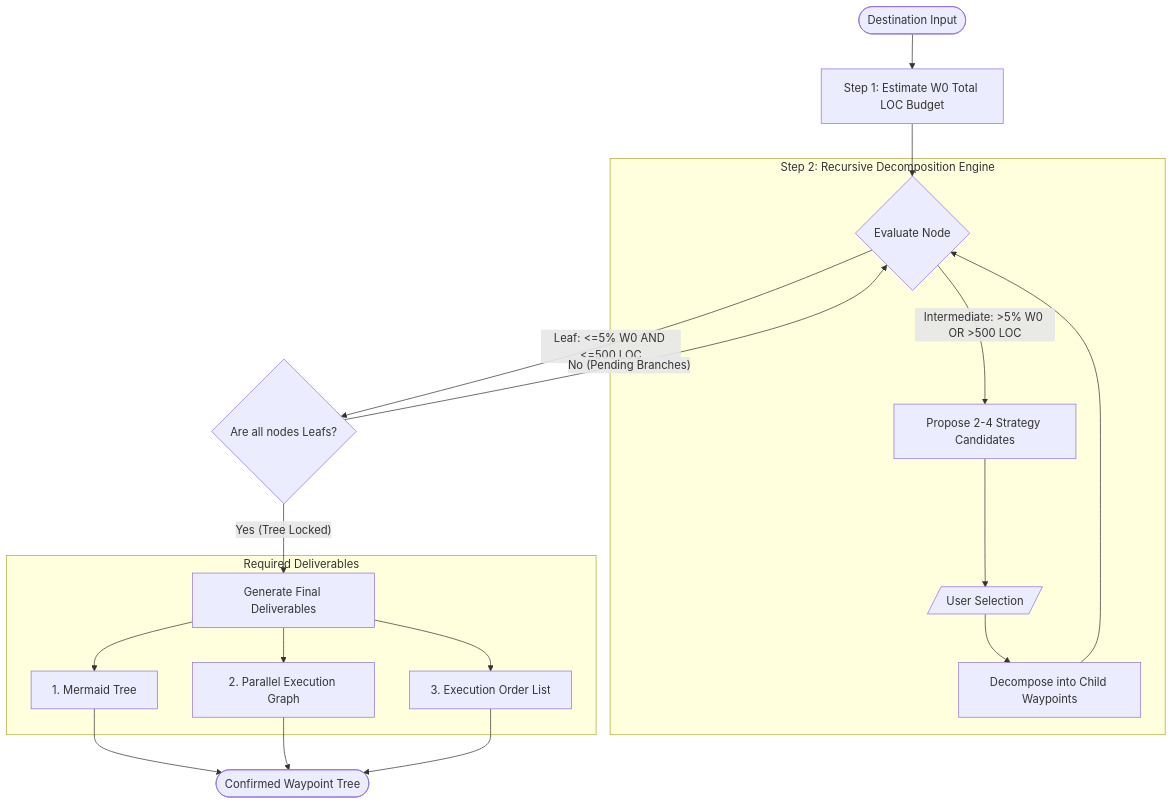
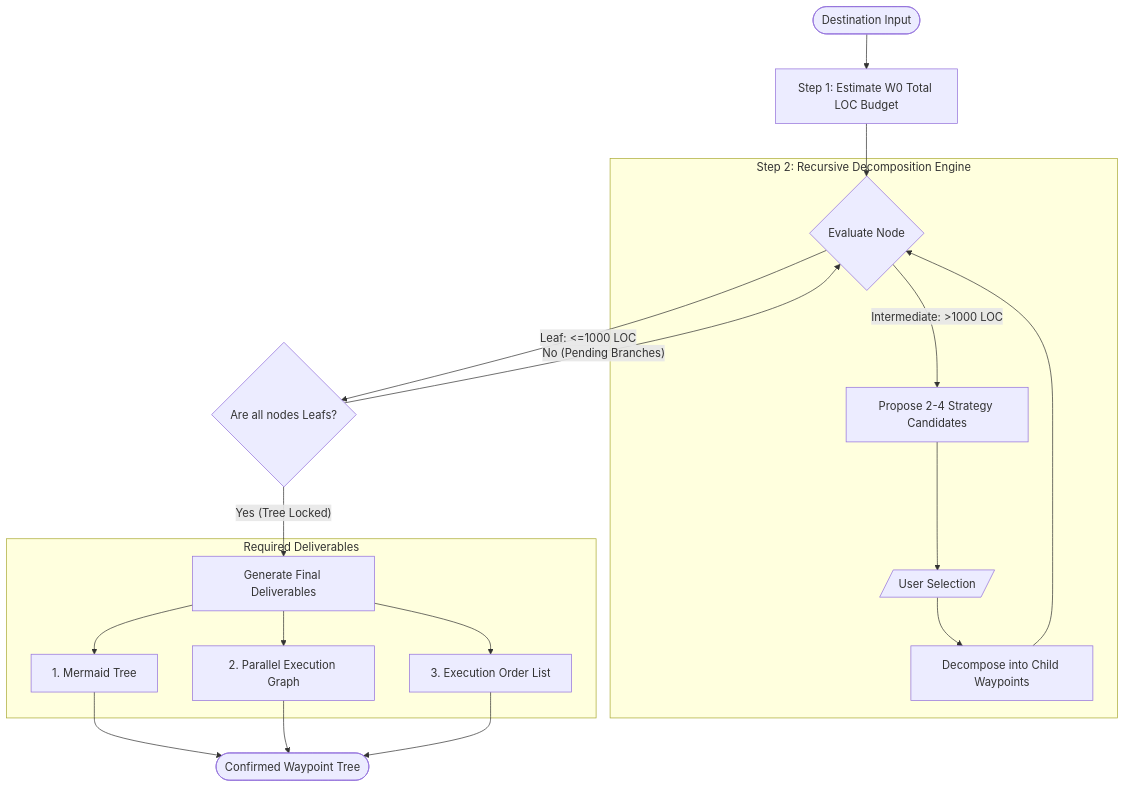
One commit to sjquant/ghosts changed the first of 3 diagrams in core/skills/wdd/SKILL.md. Above: the diagram before and after it, drawn with Mermaid. The commit also changed other lines of this file and 4 other files, not shown here.

````diff
--- a/core/skills/wdd/SKILL.md
+++ b/core/skills/wdd/SKILL.md
@@ -35,24 +34,24 @@
 ```mermaid
 graph TD
   %% Phase 1: W0 Budgeting
   INPUT([Destination Input]) --> W0_EST[Step 1: Estimate W0 Total LOC Budget]
   W0_EST --> EVAL_NODE{Evaluate Node}
   %% Phase 2: Recursive Engine (The Core Loop)
   subgraph Step_2 [Step 2: Recursive Decomposition Engine]
-    EVAL_NODE -- "Intermediate: >5% W0 OR >500 LOC" --> PROPOSE[Propose 2-4 Strategy Candidates]
+    EVAL_NODE -- "Intermediate: >1000 LOC" --> PROPOSE[Propose 2-4 Strategy Candidates]
     PROPOSE --> USER_INPUT[/User Selection/]
     USER_INPUT --> DECOMP[Decompose into Child Waypoints]
     DECOMP --> EVAL_NODE
   end
   %% Phase 3: Completion Logic
-  EVAL_NODE -- "Leaf: <=5% W0 AND <=500 LOC" --> TREE_CHECK{Are all nodes Leafs?}
+  EVAL_NODE -- "Leaf: <=1000 LOC" --> TREE_CHECK{Are all nodes Leafs?}
   TREE_CHECK -- "No (Pending Branches)" --> EVAL_NODE
   TREE_CHECK -- "Yes (Tree Locked)" --> GEN_ARTIFACTS[Generate Final Deliverables]
   %% Phase 4: Standardized Output
   subgraph Final_Artifacts [Required Deliverables]
     GEN_ARTIFACTS --> T1[1. Mermaid Tree]
     GEN_ARTIFACTS --> T2[2. Parallel Execution Graph]
     GEN_ARTIFACTS --> T3[3. Execution Order List]
   end
   T1 & T2 & T3 --> END([Confirmed Waypoint Tree])
 ```
````
